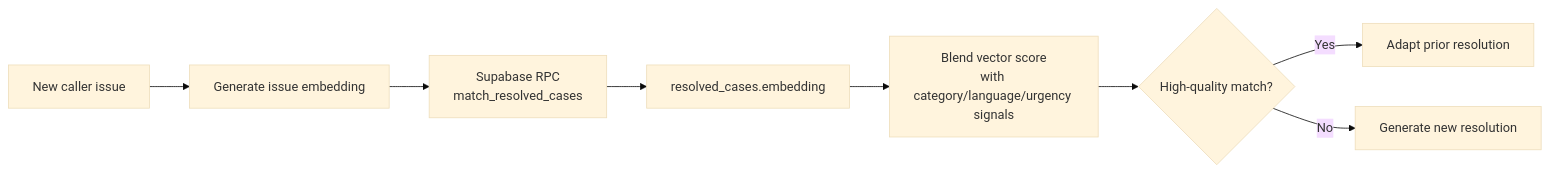
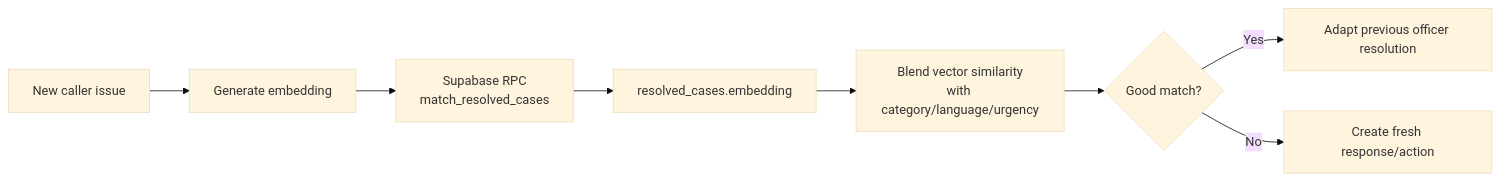
Before and after one commit to riyaz-02/Sahayak-1092: the fifth of 5 diagrams in README.md, drawn with Mermaid (base theme). The commit also changed other lines of this file and 22 other files, not shown here.

````diff
--- a/README.md
+++ b/README.md
@@ -379,10 +597,10 @@
 ```mermaid
 flowchart LR
-    NewIssue["New caller issue"] --> Embed["Generate issue embedding"]
-    Embed --> Match["Supabase RPC<br/>match_resolved_cases"]
-    Match --> Cases["resolved_cases.embedding"]
-    Cases --> Rank["Blend vector score<br/>with category/language/urgency signals"]
-    Rank --> Decision{"High-quality match?"}
-    Decision -->|Yes| Reuse["Adapt prior resolution"]
-    Decision -->|No| Fresh["Generate new resolution"]
+    Issue["New caller issue"] --> Embed["Generate embedding"]
+    Embed --> RPC["Supabase RPC<br/>match_resolved_cases"]
+    RPC --> Cases["resolved_cases.embedding"]
+    Cases --> Rank["Blend vector similarity<br/>with category/language/urgency"]
+    Rank --> Decision{"Good match?"}
+    Decision -->|"Yes"| Reuse["Adapt previous officer resolution"]
+    Decision -->|"No"| Generate["Create fresh response/action"]
 ```
````
